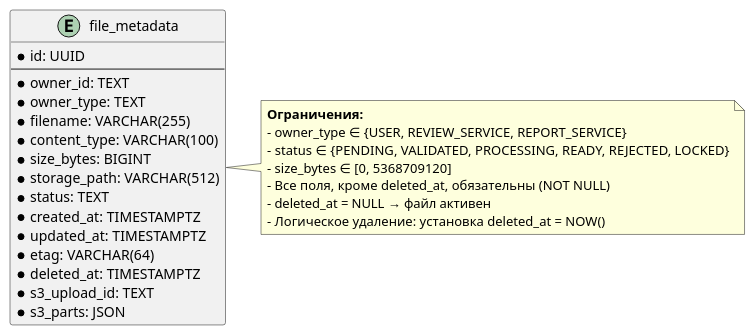
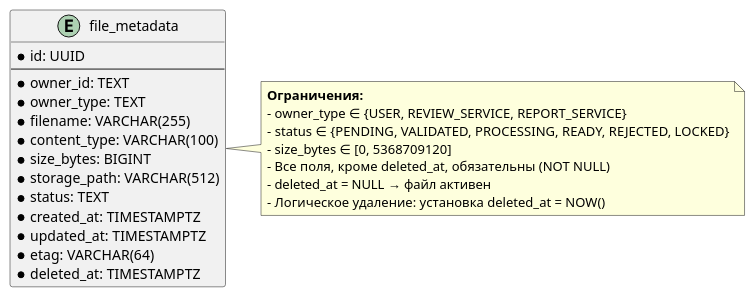
Before and after one commit to a-dobritsa/spareparts_for_everyone: the diagram in fileservice/model.puml, drawn with PlantUML. The commit also changed 3 other files, not shown here.

```diff
--- a/fileservice/model.puml
+++ b/fileservice/model.puml
@@ -1,29 +1,27 @@
 @startuml
 entity "file_metadata" as file {
   * id: UUID
   --
   * owner_id: TEXT
   * owner_type: TEXT
   * filename: VARCHAR(255)
   * content_type: VARCHAR(100)
   * size_bytes: BIGINT
   * storage_path: VARCHAR(512)
   * status: TEXT
   * created_at: TIMESTAMPTZ
   * updated_at: TIMESTAMPTZ
   * etag: VARCHAR(64)
   * deleted_at: TIMESTAMPTZ
-  *s3_upload_id: TEXT
-  *s3_parts: JSON
 }
 
 note right of file
   <b>Ограничения:</b>
   - owner_type ∈ {USER, REVIEW_SERVICE, REPORT_SERVICE}
   - status ∈ {PENDING, VALIDATED, PROCESSING, READY, REJECTED, LOCKED}
   - size_bytes ∈ [0, 5368709120]
   - Все поля, кроме deleted_at, обязательны (NOT NULL)
   - deleted_at = NULL → файл активен
   - Логическое удаление: установка deleted_at = NOW()
 end note
 @enduml
```
